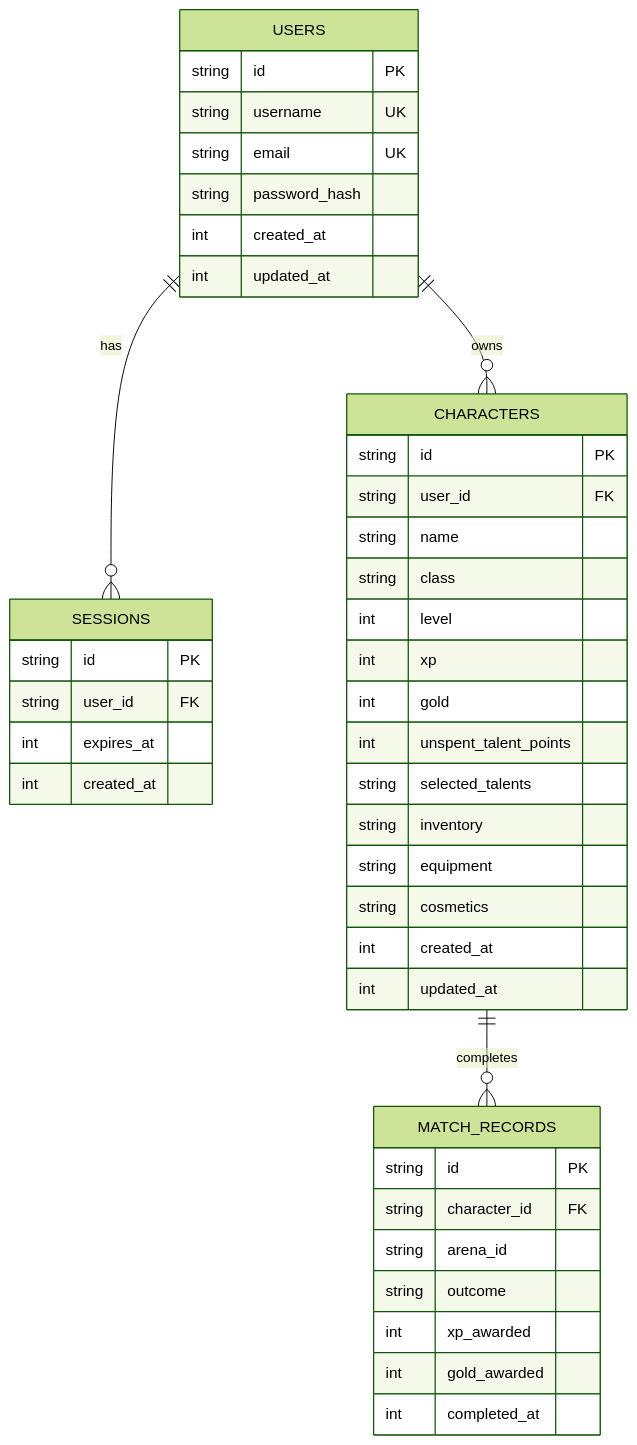
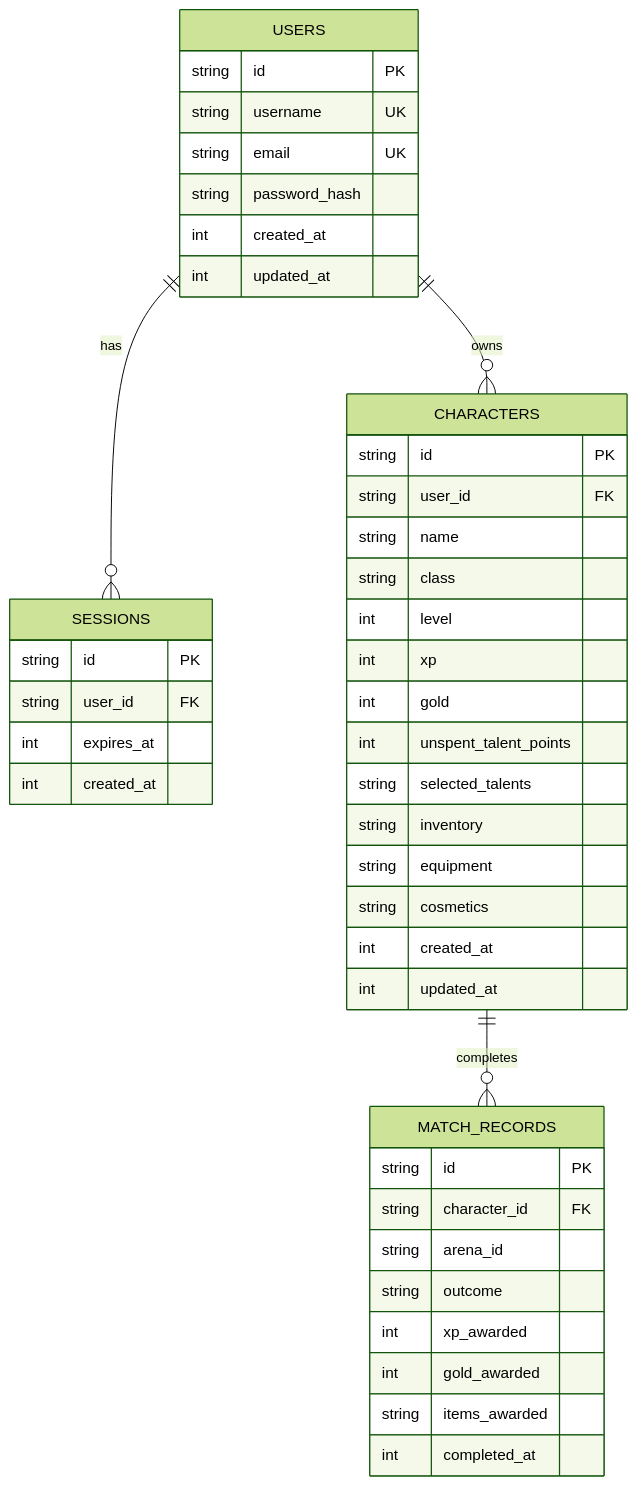
One commit to ArinMauk/Mythic-Gladiators changed the second of 3 diagrams in wiki/character-progression.md. Above: the diagram before and after it, drawn with Mermaid (forest theme). The commit also changed other lines of this file and 24 other files, not shown here.

````diff
--- a/wiki/character-progression.md
+++ b/wiki/character-progression.md
@@ -78,49 +94,50 @@
 ```mermaid
 erDiagram
   USERS ||--o{ SESSIONS : has
   USERS ||--o{ CHARACTERS : owns
   CHARACTERS ||--o{ MATCH_RECORDS : completes
 
   USERS {
     string id PK
     string username UK
     string email UK
     string password_hash
     int created_at
     int updated_at
   }
 
   SESSIONS {
     string id PK
     string user_id FK
     int expires_at
     int created_at
   }
 
   CHARACTERS {
     string id PK
     string user_id FK
     string name
     string class
     int level
     int xp
     int gold
     int unspent_talent_points
     string selected_talents
     string inventory
     string equipment
     string cosmetics
     int created_at
     int updated_at
   }
 
   MATCH_RECORDS {
     string id PK
     string character_id FK
     string arena_id
     string outcome
     int xp_awarded
     int gold_awarded
+    string items_awarded
     int completed_at
   }
 ```
````
